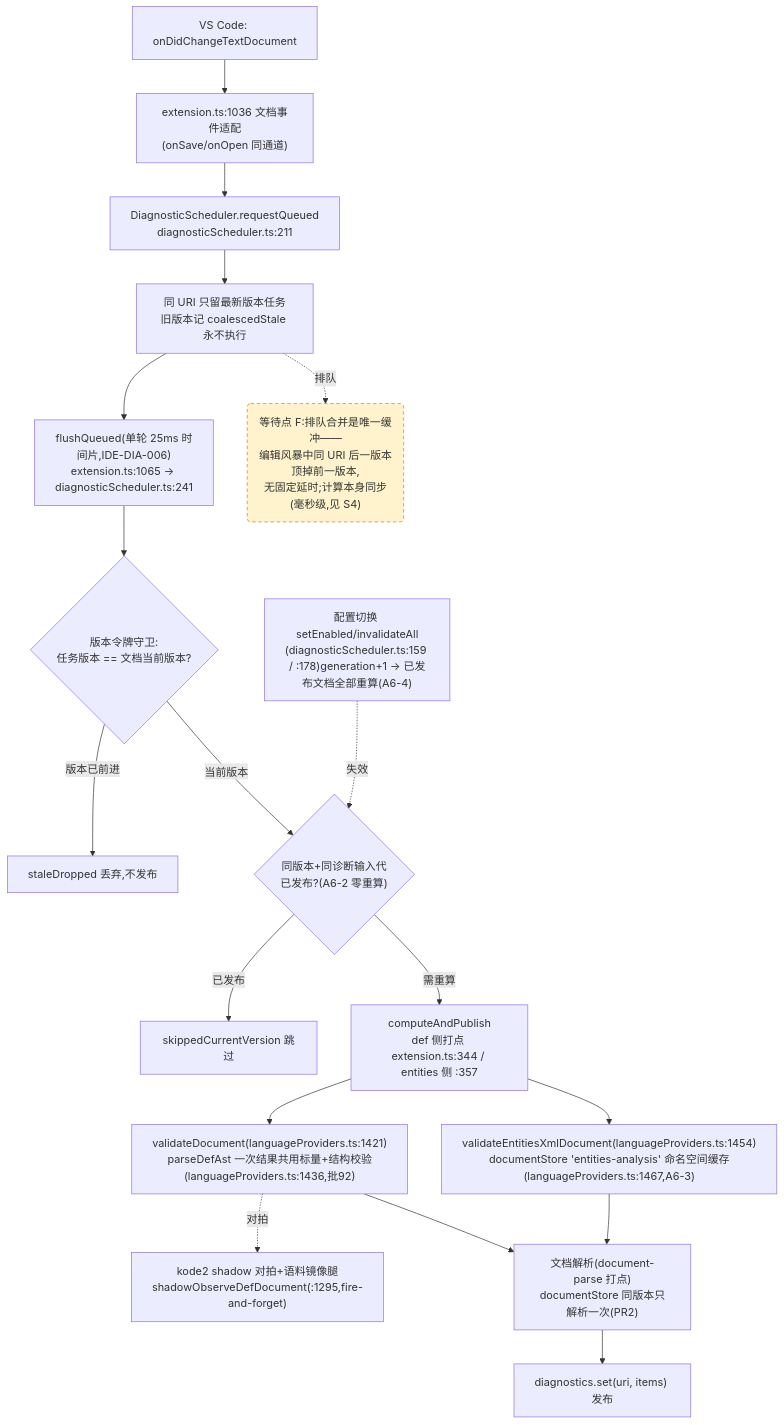
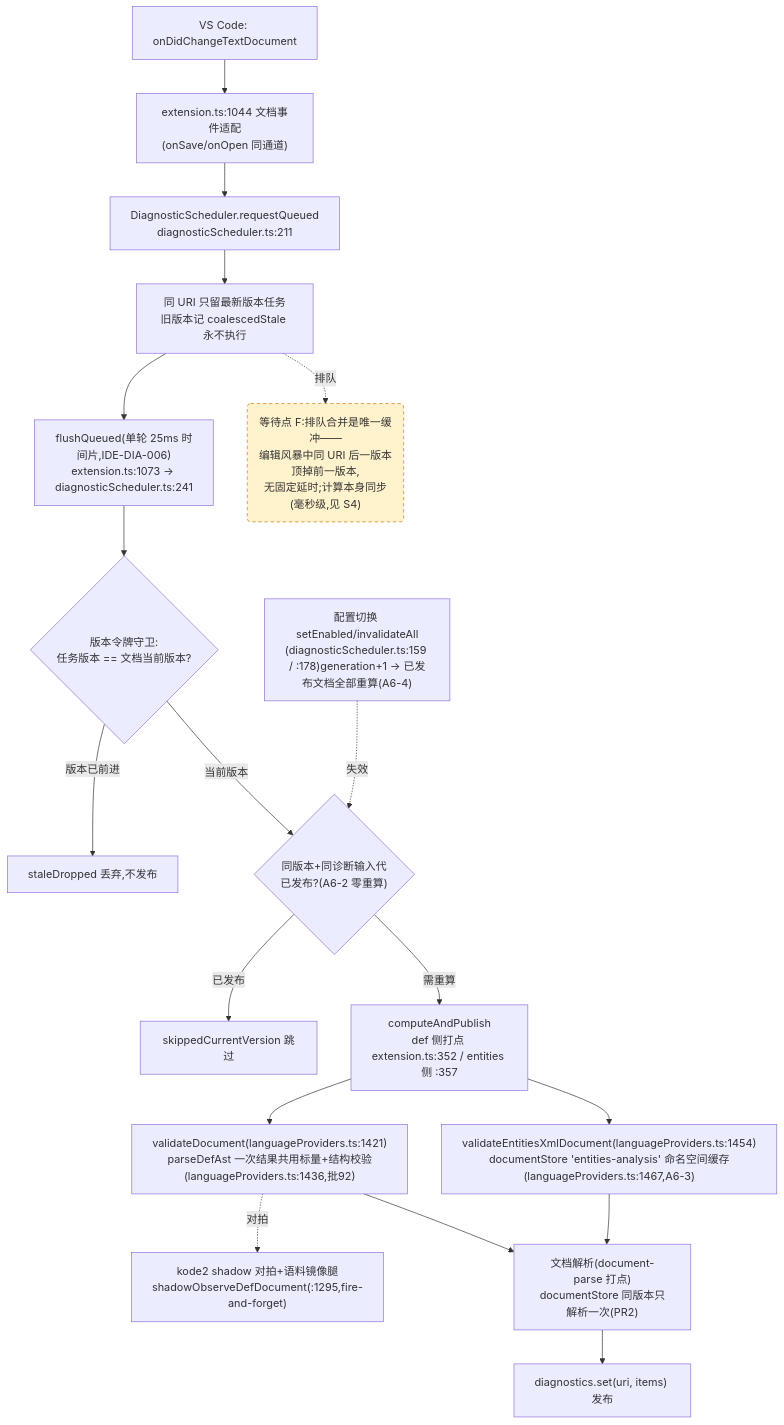
The fourth of 4 diagrams in docs/perf/2026-baseline.md (cuihairu/kode), drawn with Mermaid before and after one commit. The commit also changed other lines of this file and 12 other files, not shown here.

````diff
--- a/docs/perf/2026-baseline.md
+++ b/docs/perf/2026-baseline.md
@@ -214,38 +214,38 @@
 ```mermaid
 flowchart TD
   CHG["VS Code: onDidChangeTextDocument"]
-  WATCH["extension.ts:1036 文档事件适配<br/>(onSave/onOpen 同通道)"]
+  WATCH["extension.ts:1044 文档事件适配<br/>(onSave/onOpen 同通道)"]
   RQ["DiagnosticScheduler.requestQueued<br/>diagnosticScheduler.ts:211"]
   CO["同 URI 只留最新版本任务<br/>旧版本记 coalescedStale 永不执行"]
-  FL["flushQueued(单轮 25ms 时间片,IDE-DIA-006)<br/>extension.ts:1065 → diagnosticScheduler.ts:241"]
+  FL["flushQueued(单轮 25ms 时间片,IDE-DIA-006)<br/>extension.ts:1073 → diagnosticScheduler.ts:241"]
   VG{"版本令牌守卫:<br/>任务版本 == 文档当前版本?"}
   DROP["staleDropped 丢弃,不发布"]
   GEN{"同版本+同诊断输入代<br/>已发布?(A6-2 零重算)"}
   SKIP["skippedCurrentVersion 跳过"]
-  CALC["computeAndPublish<br/>def 侧打点 extension.ts:344 / entities 侧 :357"]
+  CALC["computeAndPublish<br/>def 侧打点 extension.ts:352 / entities 侧 :357"]
   VD["validateDocument(languageProviders.ts:1421)<br/>parseDefAst 一次结果共用标量+结构校验(languageProviders.ts:1436,批92)"]
   VEX["validateEntitiesXmlDocument(languageProviders.ts:1454)<br/>documentStore 'entities-analysis' 命名空间缓存(languageProviders.ts:1467,A6-3)"]
   SHDD["kode2 shadow 对拍+语料镜像腿<br/>shadowObserveDefDocument(:1295,fire-and-forget)"]
   DS["文档解析(document-parse 打点)<br/>documentStore 同版本只解析一次(PR2)"]
   PUB["diagnostics.set(uri, items) 发布"]
   CFG2["配置切换 setEnabled/invalidateAll<br/>(diagnosticScheduler.ts:159 / :178)generation+1 → 已发布文档全部重算(A6-4)"]
 
   CHG --> WATCH --> RQ --> CO --> FL --> VG
   VG -- "版本已前进" --> DROP
   VG -- "当前版本" --> GEN
   GEN -- "已发布" --> SKIP
   GEN -- "需重算" --> CALC
   CALC --> VD
   CALC --> VEX
   VD --> DS
   VEX --> DS
   DS --> PUB
   VD -.->|对拍| SHDD
   CFG2 -.->|失效| GEN
 
   WAITF("等待点 F:排队合并是唯一缓冲——<br/>编辑风暴中同 URI 后一版本顶掉前一版本,<br/>无固定延时;计算本身同步(毫秒级,见 S4)")
   CO -.->|排队| WAITF
 
   classDef waitPoint fill:#fff3cd,stroke:#d97706,stroke-dasharray:5 4;
   class WAITF waitPoint;
 ```
````
